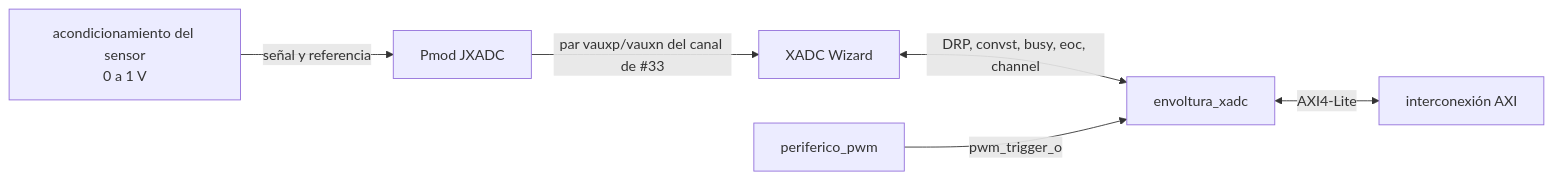
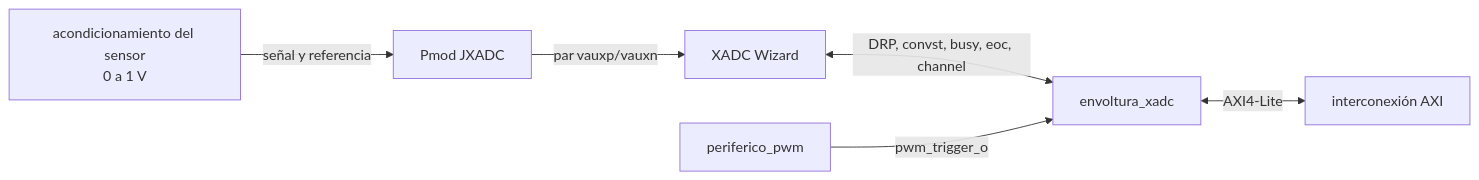
Before and after one commit to Taller-de-diseno-digital-GR01/Proyecto-4-Regulador-PR: the fourth of 4 diagrams in docs/diseño/modulos/envoltura_xadc.md, drawn with Mermaid. The commit also changed other lines of this file, not shown here.

Commit message:
envoltura_xadc solo con el diseño, sin la sección de pendientes

````diff
--- a/docs/diseño/modulos/envoltura_xadc.md
+++ b/docs/diseño/modulos/envoltura_xadc.md
@@ -236,8 +226,8 @@
 ```mermaid
 flowchart LR
     SEN["acondicionamiento del sensor<br/>0 a 1 V"] -->|"señal y referencia"| JX["Pmod JXADC"]
-    JX -->|"par vauxp/vauxn del canal de #33"| XW["XADC Wizard"]
+    JX -->|"par vauxp/vauxn"| XW["XADC Wizard"]
     XW <-->|"DRP, convst, busy, eoc, channel"| ENV["envoltura_xadc"]
     ENV <-->|"AXI4-Lite"| IC["interconexión AXI"]
     PER["periferico_pwm"] -->|"pwm_trigger_o"| ENV
 ```
````
